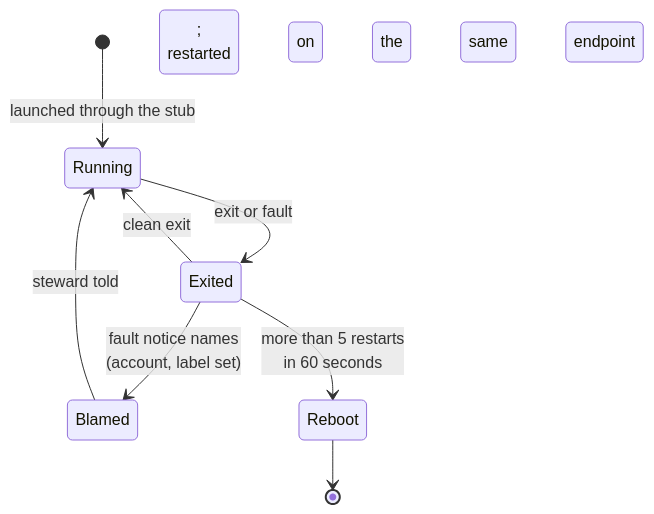
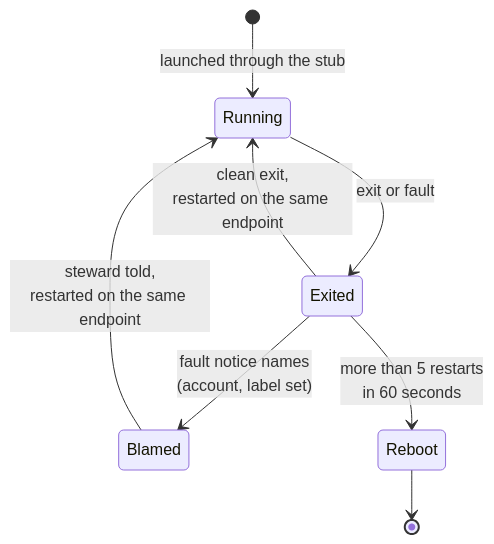
Before and after one commit to sirmick/redoubt: the second of 2 diagrams in docs/servers/init.md, drawn with Mermaid. The commit also changed other lines of this file and 5 other files, not shown here.

First line of the commit message:
docs: no semicolon inside a Mermaid diagram

````diff
--- a/docs/servers/init.md
+++ b/docs/servers/init.md
@@ -387,10 +387,10 @@
 ```mermaid
 stateDiagram-v2
     [*] --> Running: launched through the stub
     Running --> Exited: exit or fault
     Exited --> Blamed: fault notice names<br/>(account, label set)
-    Blamed --> Running: steward told;<br/>restarted on the same endpoint
-    Exited --> Running: clean exit;<br/>restarted on the same endpoint
+    Blamed --> Running: steward told,<br/>restarted on the same endpoint
+    Exited --> Running: clean exit,<br/>restarted on the same endpoint
     Exited --> Reboot: more than 5 restarts<br/>in 60 seconds
     Reboot --> [*]
 ```
````
